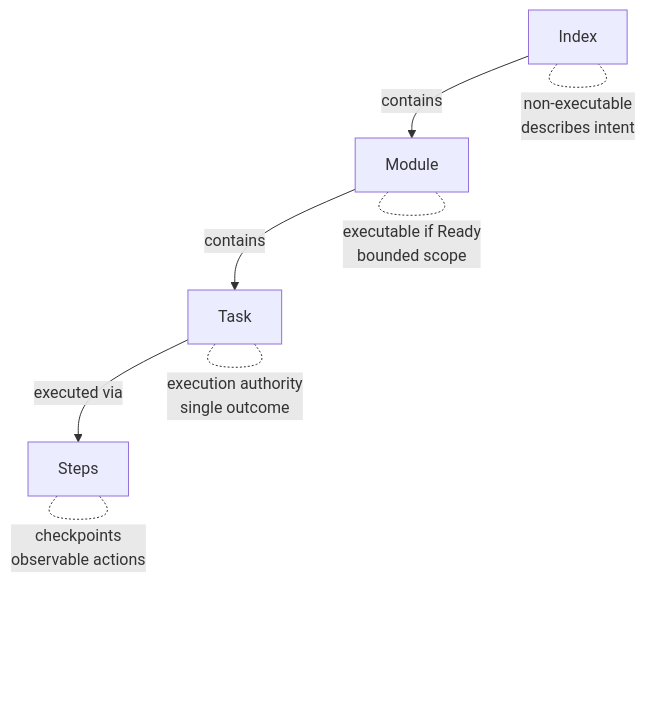
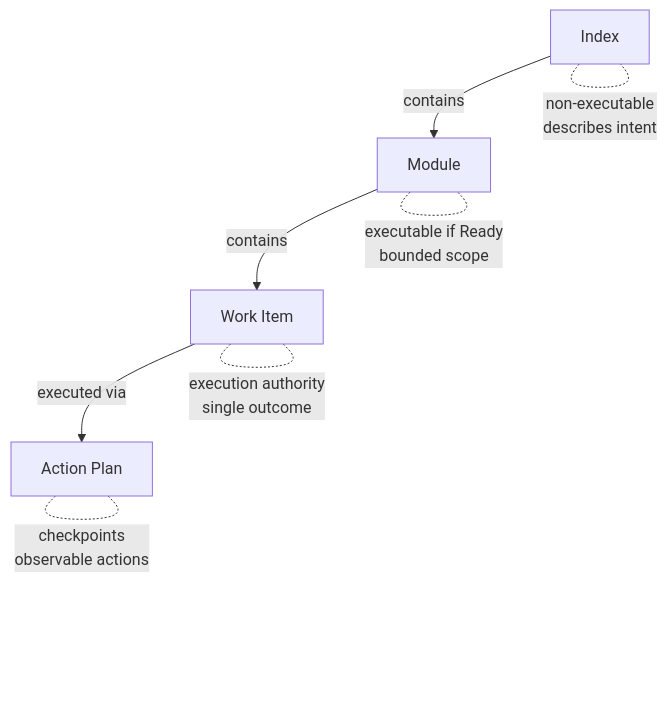
The diagram in README.md (EddaCraft/anvil-plan-spec), drawn with Mermaid before and after one commit. The commit also changed other lines of this file and 34 other files, not shown here.

First line of the commit message:
refactor: rename Tasks to Work Items and Steps to Action Plans

````diff
--- a/README.md
+++ b/README.md
@@ -39,11 +39,11 @@
 ```mermaid
 graph TD
     A[Index] -->|contains| B[Module]
-    B -->|contains| C[Task]
-    C -->|executed via| D[Steps]
+    B -->|contains| C[Work Item]
+    C -->|executed via| D[Action Plan]
 
     A -.-|"non-executable<br/>describes intent"| A
     B -.-|"executable if Ready<br/>bounded scope"| B
     C -.-|"execution authority<br/>single outcome"| C
     D -.-|"checkpoints<br/>observable actions"| D
 ```
````
